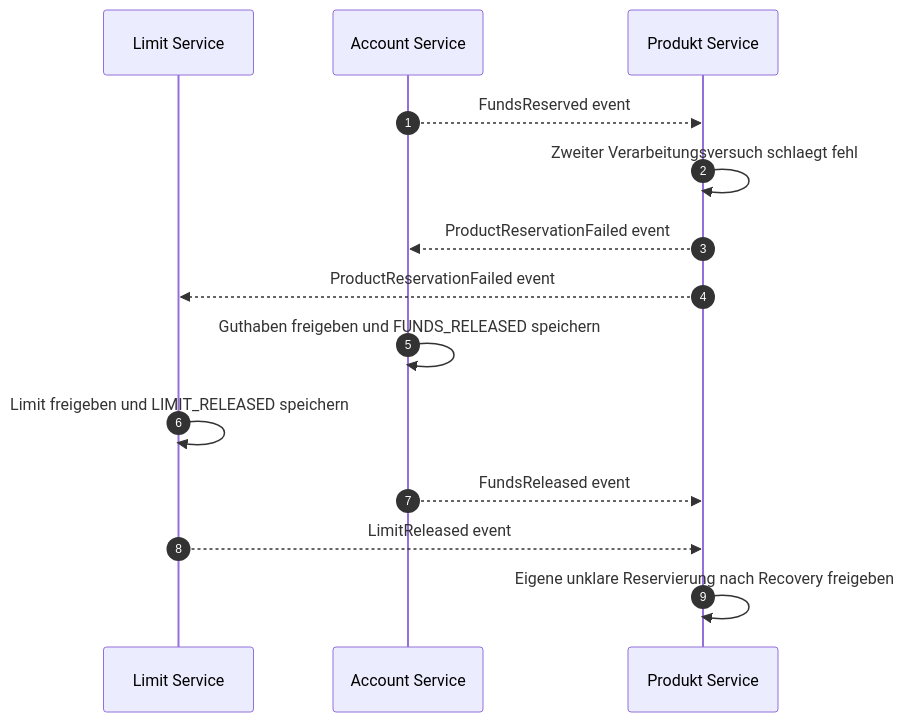
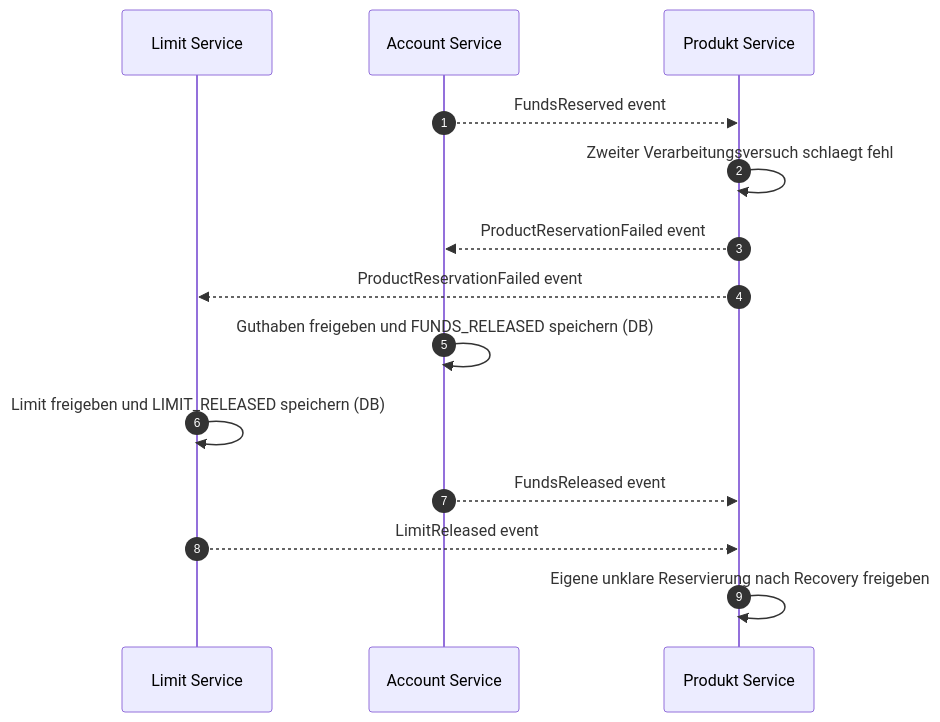
Before and after one commit to Adrian-Hansen-dev/second-hand-ticket-app: diagram 24 of 29 in project-2/abgabe_projekt_2.md, drawn with Mermaid. The commit also changed other lines of this file, not shown here.

First line of the commit message:
Projekt 2: Persistenz und Recovery ergänzt

````diff
--- a/project-2/abgabe_projekt_2.md
+++ b/project-2/abgabe_projekt_2.md
@@ -722,17 +745,17 @@
 ```mermaid
 sequenceDiagram
     autonumber
     participant LS as Limit Service
     participant AS as Account Service
     participant PS as Produkt Service
 
     AS-->>PS: FundsReserved event
     PS->>PS: Zweiter Verarbeitungsversuch schlaegt fehl
     PS-->>AS: ProductReservationFailed event
     PS-->>LS: ProductReservationFailed event
-    AS->>AS: Guthaben freigeben und FUNDS_RELEASED speichern
-    LS->>LS: Limit freigeben und LIMIT_RELEASED speichern
+    AS->>AS: Guthaben freigeben und FUNDS_RELEASED speichern (DB)
+    LS->>LS: Limit freigeben und LIMIT_RELEASED speichern (DB)
     AS-->>PS: FundsReleased event
     LS-->>PS: LimitReleased event
     PS->>PS: Eigene unklare Reservierung nach Recovery freigeben
 ```
````
